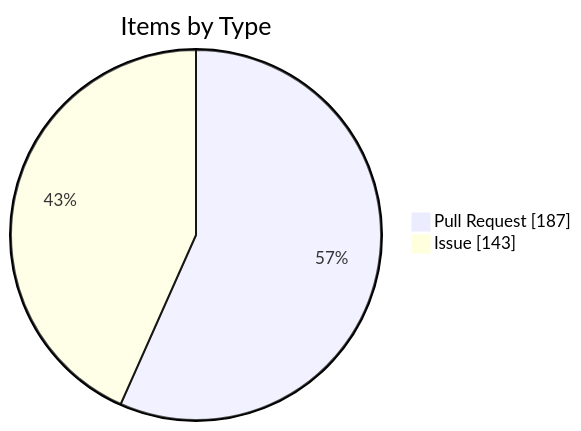
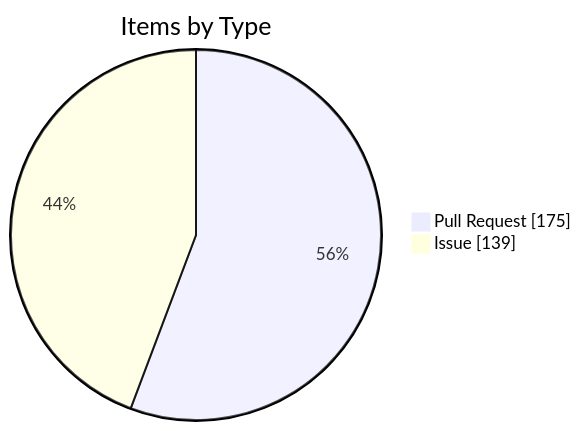
One commit to KBVE/kbve changed the fourth of 4 diagrams in apps/kbve/astro-kbve/src/content/docs/dashboard/kanban-data.mdx. Above: the diagram before and after it, drawn with Mermaid. The commit also changed other lines of this file and 8 other files, not shown here.

````diff
--- a/apps/kbve/astro-kbve/src/content/docs/dashboard/kanban-data.mdx
+++ b/apps/kbve/astro-kbve/src/content/docs/dashboard/kanban-data.mdx
@@ -116,6 +116,6 @@
 ```mermaid
 pie showData
     title Items by Type
-    "Pull Request" : 187
-    "Issue" : 143
+    "Pull Request" : 175
+    "Issue" : 139
 ```
````
